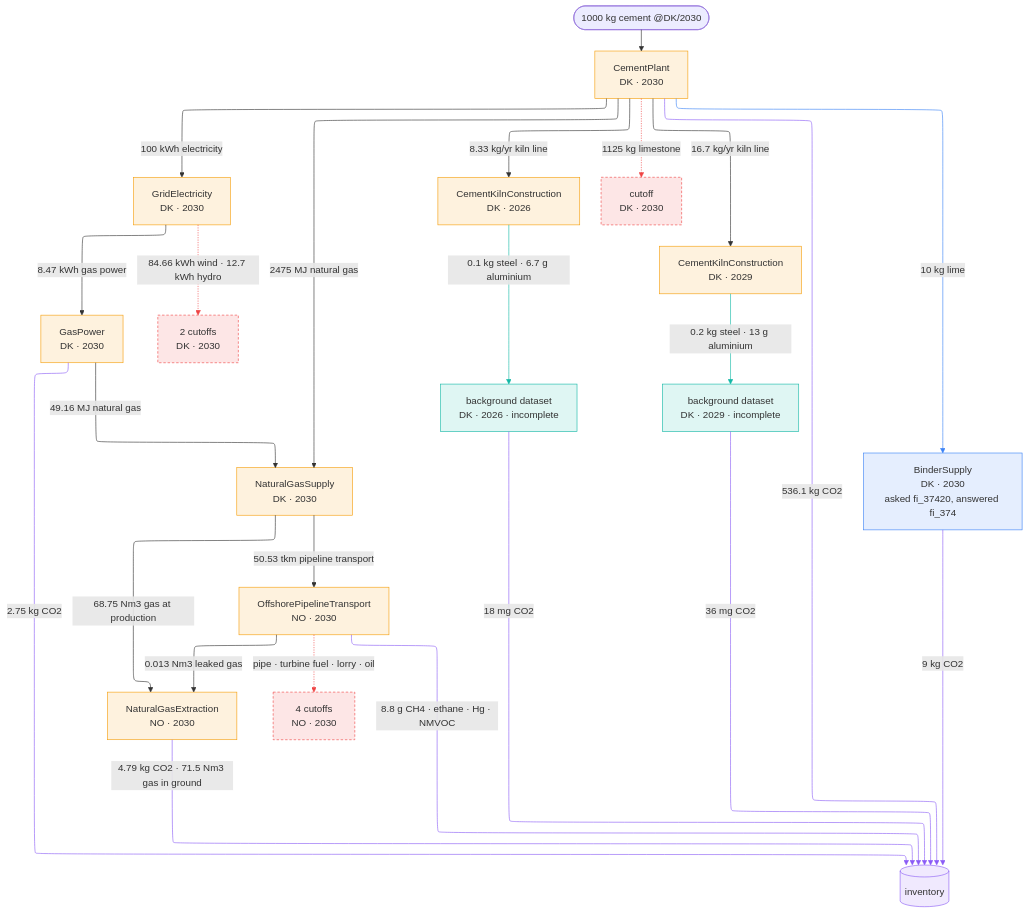
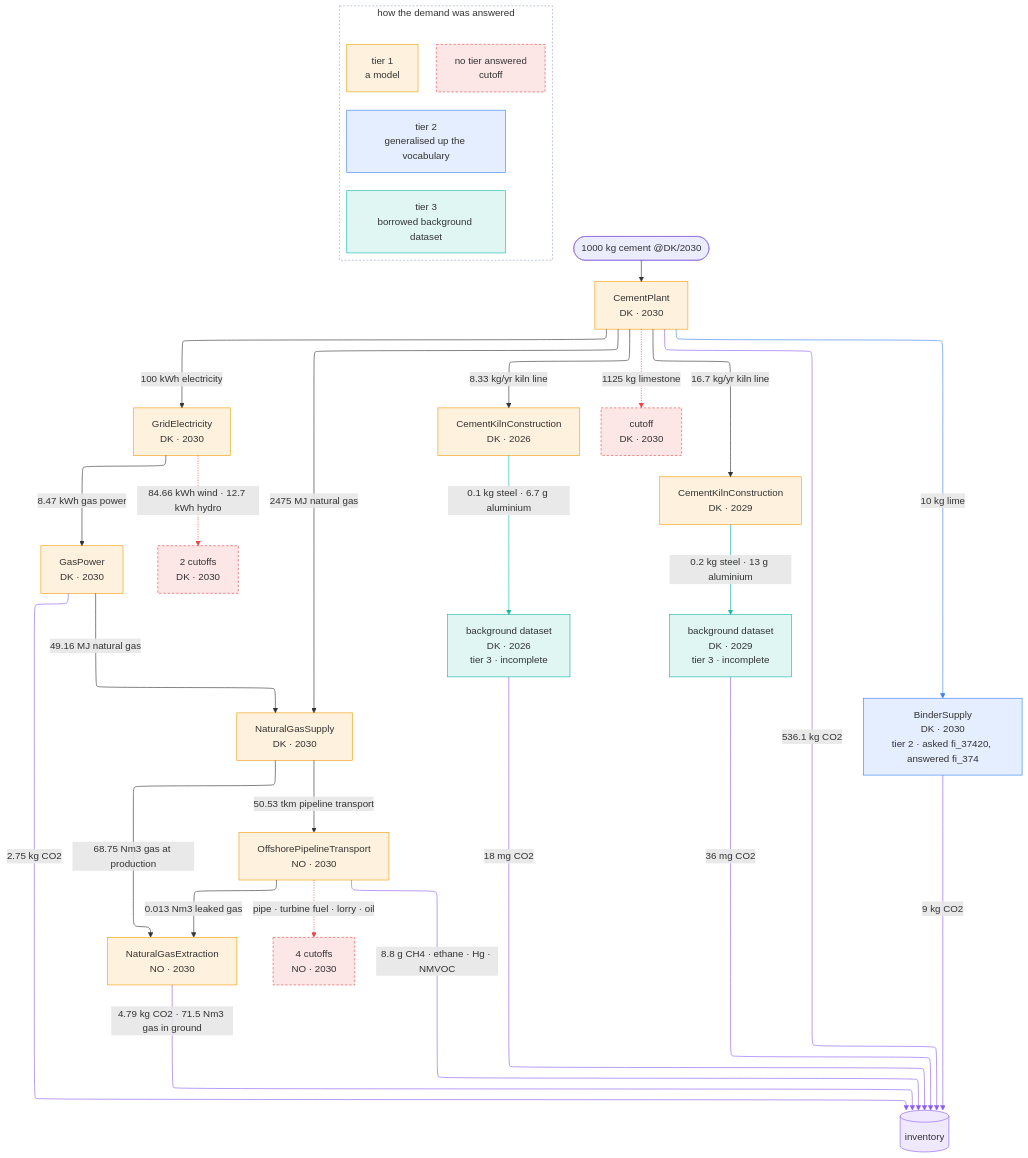
Before and after one commit to TimoDiepers/trailrunner: the second of 2 diagrams in docs/pitch-5min.md, drawn with Mermaid. The commit also changed other lines of this file and 1 other file, not shown here.

Commit message:
docs(showcase): name the tiers in the graph and give it a legend

````diff
--- a/docs/pitch-5min.md
+++ b/docs/pitch-5min.md
@@ -158,48 +158,60 @@
 ```mermaid
 %%{init: {'layout': 'elk'}}%%
 flowchart TB
     D(["1000 kg cement @DK/2030"]) --> CP["CementPlant<br/>DK · 2030"]
 
     CP -->|"2475 MJ natural gas"| NGS["NaturalGasSupply<br/>DK · 2030"]
     CP -->|"100 kWh electricity"| GE["GridElectricity<br/>DK · 2030"]
-    CP -->|"10 kg lime"| BS["BinderSupply<br/>DK · 2030<br/>asked fi_37420, answered fi_374"]
+    CP -->|"10 kg lime"| BS["BinderSupply<br/>DK · 2030<br/>tier 2 · asked fi_37420, answered fi_374"]
     CP -->|"8.33 kg/yr kiln line"| K26["CementKilnConstruction<br/>DK · 2026"]
     CP -->|"16.7 kg/yr kiln line"| K29["CementKilnConstruction<br/>DK · 2029"]
     CP -.->|"1125 kg limestone"| XG["cutoff<br/>DK · 2030"]
 
     NGS -->|"68.75 Nm3 gas at production"| NGE["NaturalGasExtraction<br/>NO · 2030"]
     NGS -->|"50.53 tkm pipeline transport"| PT["OffshorePipelineTransport<br/>NO · 2030"]
     PT -->|"0.013 Nm3 leaked gas"| NGE
     PT -.->|"pipe · turbine fuel · lorry · oil"| XP["4 cutoffs<br/>NO · 2030"]
 
     GE -->|"8.47 kWh gas power"| GP["GasPower<br/>DK · 2030"]
     GE -.->|"84.66 kWh wind · 12.7 kWh hydro"| XE["2 cutoffs<br/>DK · 2030"]
     GP -->|"49.16 MJ natural gas"| NGS
 
-    K26 -->|"0.1 kg steel · 6.7 g aluminium"| B26["background dataset<br/>DK · 2026 · incomplete"]
-    K29 -->|"0.2 kg steel · 13 g aluminium"| B29["background dataset<br/>DK · 2029 · incomplete"]
+    K26 -->|"0.1 kg steel · 6.7 g aluminium"| B26["background dataset<br/>DK · 2026<br/>tier 3 · incomplete"]
+    K29 -->|"0.2 kg steel · 13 g aluminium"| B29["background dataset<br/>DK · 2029<br/>tier 3 · incomplete"]
 
     CP -->|"536.1 kg CO2"| INV[("inventory")]
     BS -->|"9 kg CO2"| INV
     GP -->|"2.75 kg CO2"| INV
     NGE -->|"4.79 kg CO2 · 71.5 Nm3 gas in ground"| INV
     PT -->|"8.8 g CH4 · ethane · Hg · NMVOC"| INV
     B26 -->|"18 mg CO2"| INV
     B29 -->|"36 mg CO2"| INV
 
+    subgraph LEGEND ["how the demand was answered"]
+      direction LR
+      L1["tier 1<br/>a model"]
+      L2["tier 2<br/>generalised up the vocabulary"]
+      L3["tier 3<br/>borrowed background dataset"]
+      L4["no tier answered<br/>cutoff"]
+    end
+
     classDef t1 fill:#f59e0b22,stroke:#f59e0b
     classDef t2 fill:#3b82f622,stroke:#3b82f6
     classDef t3 fill:#14b8a622,stroke:#14b8a6
     classDef gap fill:#ef444422,stroke:#ef4444,stroke-dasharray:4 3
     classDef record fill:#8b5cf622,stroke:#8b5cf6
     class CP,NGS,NGE,PT,GE,GP,K26,K29 t1
     class BS t2
     class B26,B29 t3
-    class XG,XP,XE gap
+    class XG,XP,XE,L4 gap
+    class L1 t1
+    class L2 t2
+    class L3 t3
+    style LEGEND fill:none,stroke:#94a3b8,stroke-dasharray:3 3
     class INV record
 
     linkStyle 3 stroke:#3b82f6
     linkStyle 14,15 stroke:#14b8a6
     linkStyle 6,10,12 stroke:#ef4444
     linkStyle 16,17,18,19,20,21,22 stroke:#8b5cf6
 ```
````
